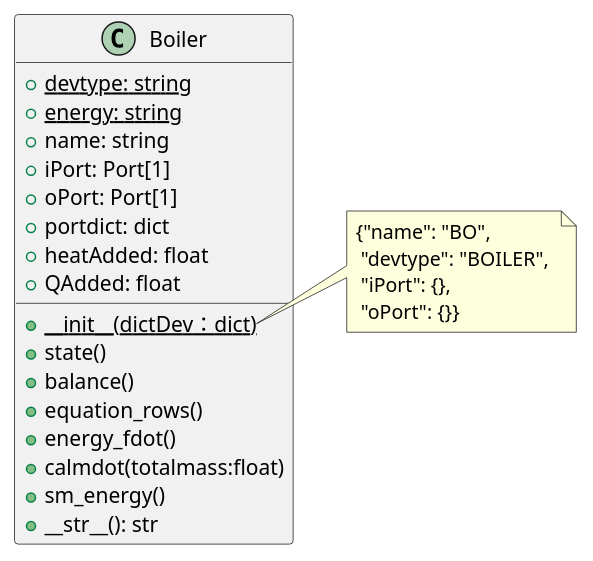
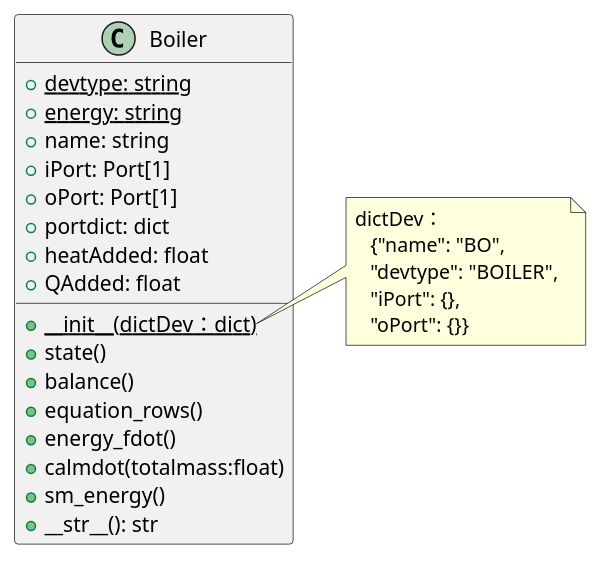
The diagram in uml/Boiler.puml (thermalogic/PyRankine), drawn with PlantUML before and after one commit. The commit also changed 10 other files, not shown here.

```diff
--- a/uml/Boiler.puml
+++ b/uml/Boiler.puml
@@ -1,27 +1,28 @@
 @startuml
 class Boiler{
     + {static} devtype: string 
     + {static} energy: string
     + name: string 
     + iPort: Port[1]
     + oPort: Port[1]
     + portdict: dict
     + heatAdded: float  
     + QAdded: float 
     + {static} __init__(dictDev：dict)
     + state()
     + balance()
     + equation_rows()
     + energy_fdot()
     + calmdot(totalmass:float)
     + sm_energy()
     +__str__(): str
 }
 note right of Boiler::__init__
-    {"name": "BO",
+  dictDev： 
+     {"name": "BO",
      "devtype": "BOILER", 
      "iPort": {},
      "oPort": {}}
 end note
 
 @enduml
```
